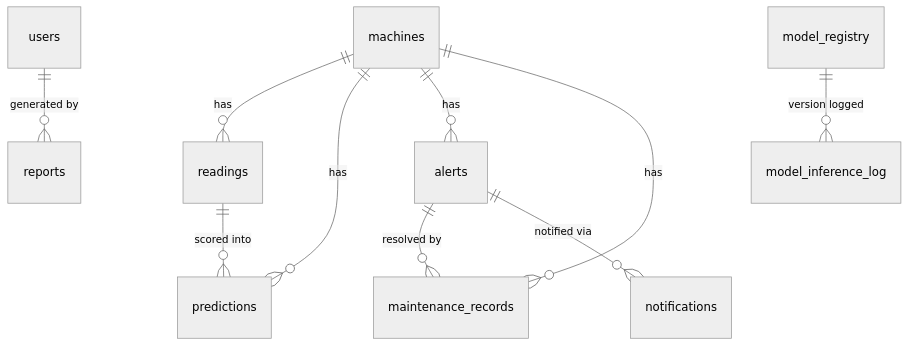
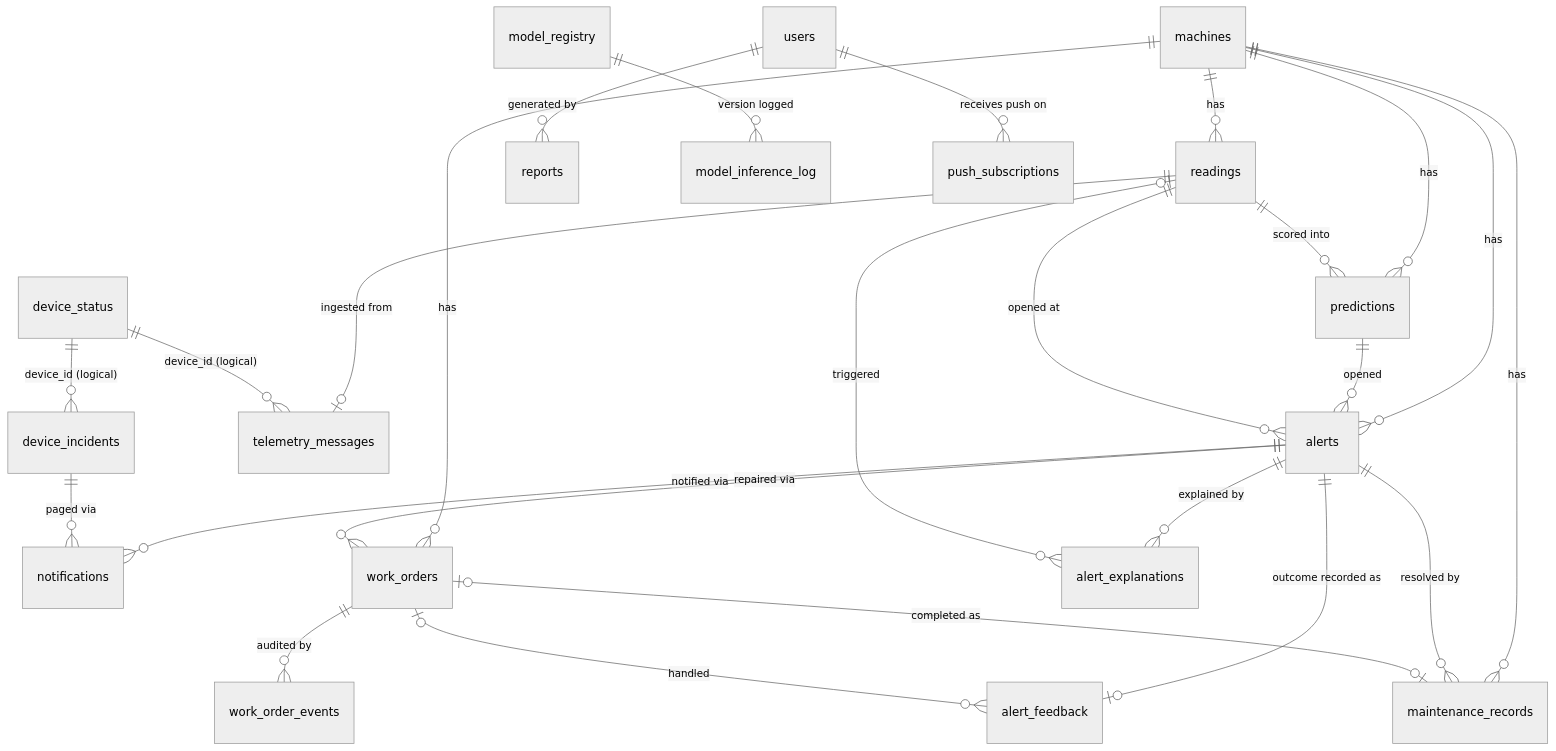
One commit to Dheeraj2209/MaintainIQ changed the first of 2 diagrams in docs/DATA_MODEL.md. Above: the diagram before and after it, drawn with Mermaid (neutral theme). The commit also changed other lines of this file and 279 other files, not shown here.

First line of the commit message:
Add device health, work orders + paging, prediction feedback, alert explanations and mobile PWA

````diff
--- a/docs/DATA_MODEL.md
+++ b/docs/DATA_MODEL.md
@@ -14,12 +14,27 @@
 ```mermaid
 erDiagram
     machines ||--o{ readings : has
     machines ||--o{ predictions : has
     machines ||--o{ alerts : has
     machines ||--o{ maintenance_records : has
     readings ||--o{ predictions : "scored into"
     alerts ||--o{ maintenance_records : "resolved by"
     alerts ||--o{ notifications : "notified via"
     users ||--o{ reports : "generated by"
     model_registry ||--o{ model_inference_log : "version logged"
+    readings ||--o| telemetry_messages : "ingested from"
+    device_status ||--o{ telemetry_messages : "device_id (logical)"
+    device_status ||--o{ device_incidents : "device_id (logical)"
+    device_incidents ||--o{ notifications : "paged via"
+    machines ||--o{ work_orders : has
+    alerts ||--o{ work_orders : "repaired via"
+    work_orders ||--o{ work_order_events : "audited by"
+    work_orders |o--o| maintenance_records : "completed as"
+    alerts ||--o| alert_feedback : "outcome recorded as"
+    predictions ||--o{ alerts : "opened"
+    readings ||--o{ alerts : "opened at"
+    work_orders |o--o{ alert_feedback : "handled"
+    alerts ||--o{ alert_explanations : "explained by"
+    readings |o--o{ alert_explanations : "triggered"
+    users ||--o{ push_subscriptions : "receives push on"
 ```
````
